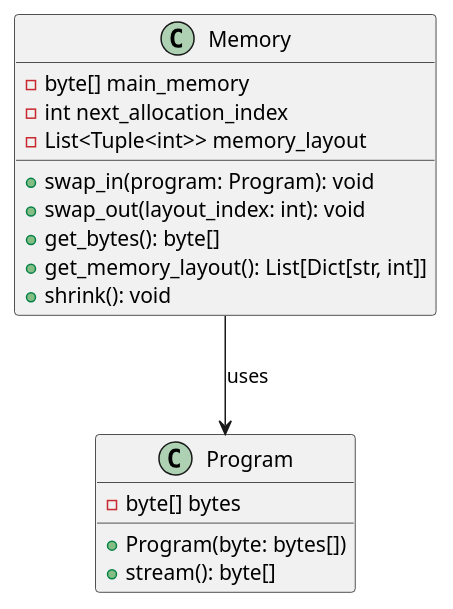
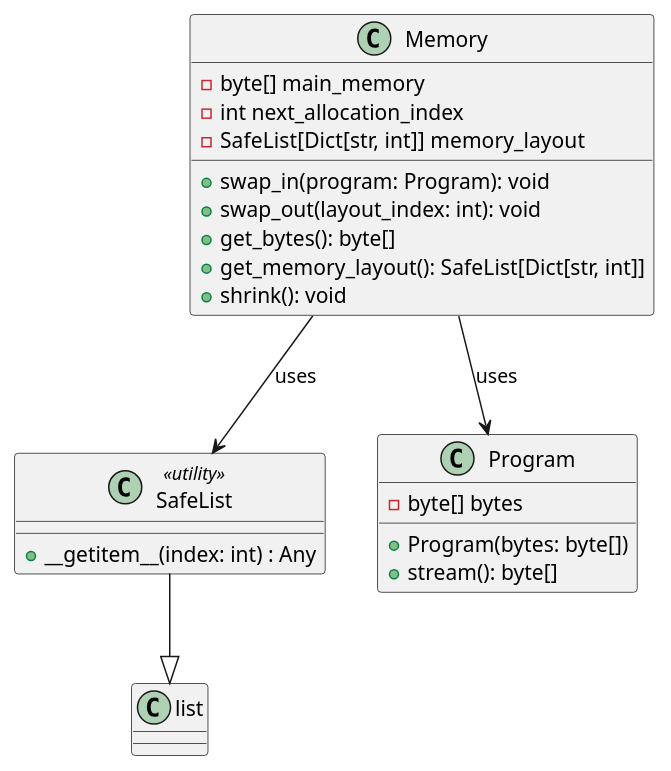
The diagram in schema.puml (Caue-Aron/MEMSIM), drawn with PlantUML before and after one commit. The commit also changed 9 other files, not shown here.

```diff
--- a/schema.puml
+++ b/schema.puml
@@ -1,22 +1,28 @@
 @startuml MEMSIM
 class Memory {
     - byte[] main_memory
     - int next_allocation_index
-    - List<Tuple<int>> memory_layout
+    - SafeList[Dict[str, int]] memory_layout
 
     + swap_in(program: Program): void
     + swap_out(layout_index: int): void
     + get_bytes(): byte[]
-    + get_memory_layout(): List[Dict[str, int]]
+    + get_memory_layout(): SafeList[Dict[str, int]]
     + shrink(): void
+}
+
+class SafeList <<utility>> {
+    + __getitem__(index: int) : Any
 }
 
 class Program {
     - byte[] bytes
 
-    + Program(byte: bytes[])
+    + Program(bytes: byte[])
     + stream(): byte[]
 }
 
+SafeList --|> list
 Memory --> Program : uses
+Memory --> SafeList : uses
 @enduml
```
